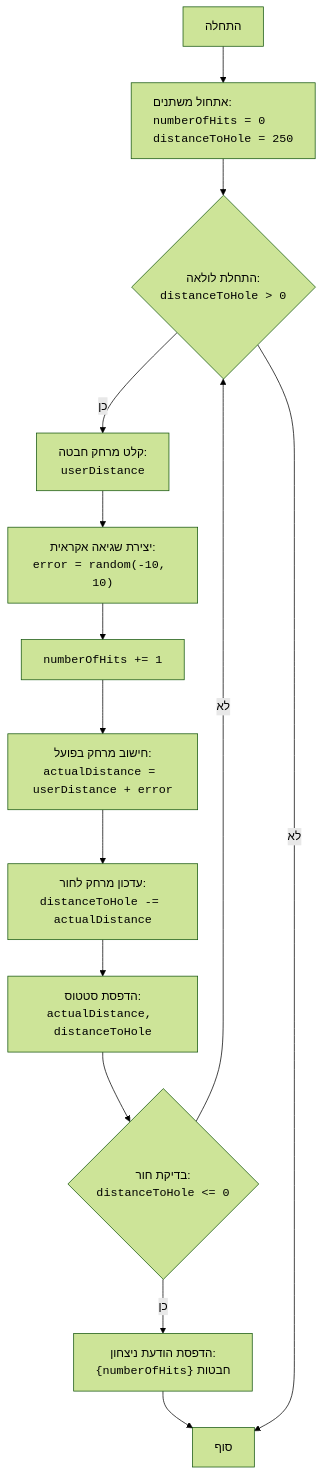
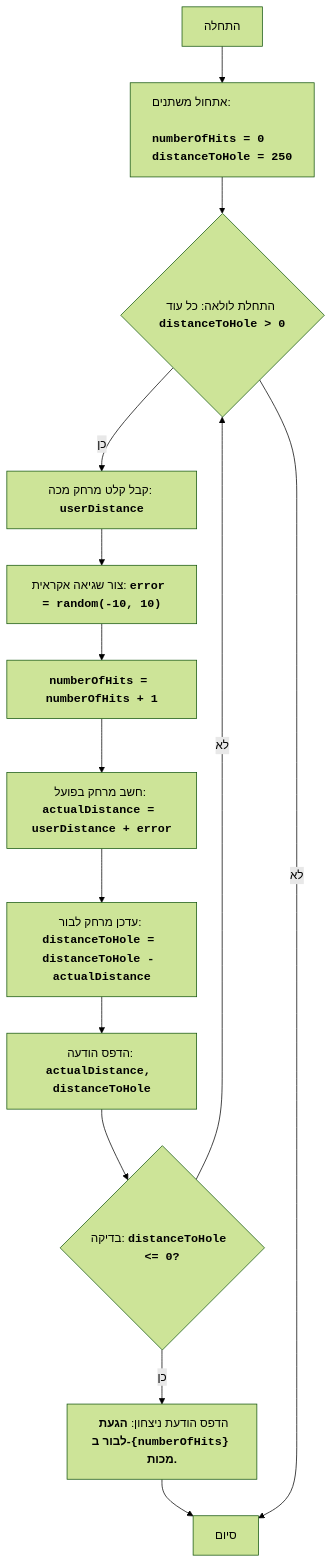
The diagram in docs/gemini/he/explainer/src/endpoints/ai_games/101_basic_computer_games/ru/GAMES/GOLF/golf.py.md (hypo69/hypo), drawn with Mermaid (forest theme) before and after one commit. The commit also changed other lines of this file and 885 other files, not shown here.

````diff
--- a/docs/gemini/he/explainer/src/endpoints/ai_games/101_basic_computer_games/ru/GAMES/GOLF/golf.py.md
+++ b/docs/gemini/he/explainer/src/endpoints/ai_games/101_basic_computer_games/ru/GAMES/GOLF/golf.py.md
@@ -32,16 +35,16 @@
 ```mermaid
 flowchart TD
-    Start["התחלה"] --> InitializeVariables["<p align='left'>אתחול משתנים:<br><code>numberOfHits = 0<br>distanceToHole = 250</code></p>"]
-    InitializeVariables --> LoopStart{"התחלת לולאה:<br><code>distanceToHole > 0</code>"}
-    LoopStart -- כן --> InputDistance["קלט מרחק חבטה:<br><code>userDistance</code>"]
-    InputDistance --> GenerateError["יצירת שגיאה אקראית:<br><code>error = random(-10, 10)</code>"]
-    GenerateError --> IncreaseHits["<code>numberOfHits += 1</code>"]
-    IncreaseHits --> CalculateActualDistance["חישוב מרחק בפועל:<br><code>actualDistance = userDistance + error</code>"]
-    CalculateActualDistance --> UpdateDistanceToHole["עדכון מרחק לחור:<br><code>distanceToHole -= actualDistance</code>"]
-    UpdateDistanceToHole --> OutputStatus["הדפסת סטטוס:<br><code>actualDistance, distanceToHole</code>"]
-    OutputStatus --> CheckHole{"בדיקת חור:<br><code>distanceToHole <= 0</code>"}
-     CheckHole -- כן --> OutputWin["הדפסת הודעת ניצחון:<br><code>{numberOfHits}</code> חבטות"]
-    OutputWin --> End["סוף"]
+    Start["התחלה"] --> InitializeVariables["<p align='left'>אתחול משתנים:\n    <code><b>\n    numberOfHits = 0\n    distanceToHole = 250\n    </b></code></p>"]
+    InitializeVariables --> LoopStart{"התחלת לולאה: כל עוד <code><b>distanceToHole > 0</b></code>"}
+    LoopStart -- כן --> InputDistance["קבל קלט מרחק מכה: <code><b>userDistance</b></code>"]
+    InputDistance --> GenerateError["צור שגיאה אקראית: <code><b>error = random(-10, 10)</b></code>"]
+    GenerateError --> IncreaseHits["<code><b>numberOfHits = numberOfHits + 1</b></code>"]
+    IncreaseHits --> CalculateActualDistance["חשב מרחק בפועל: <code><b>actualDistance = userDistance + error</b></code>"]
+    CalculateActualDistance --> UpdateDistanceToHole["עדכן מרחק לבור: <code><b>distanceToHole = distanceToHole - actualDistance</b></code>"]
+    UpdateDistanceToHole --> OutputDistance["הדפס הודעה: <code><b>actualDistance, distanceToHole</b></code>"]
+    OutputDistance --> CheckHole{"בדיקה: <code><b>distanceToHole <= 0?</b></code>"}
+     CheckHole -- כן --> OutputWin["הדפס הודעת ניצחון: <b>הגעת לבור ב-<code>{numberOfHits}</code> מכות.</b>"]
+    OutputWin --> End["סיום"]
     CheckHole -- לא --> LoopStart
     LoopStart -- לא --> End
 ```
````
